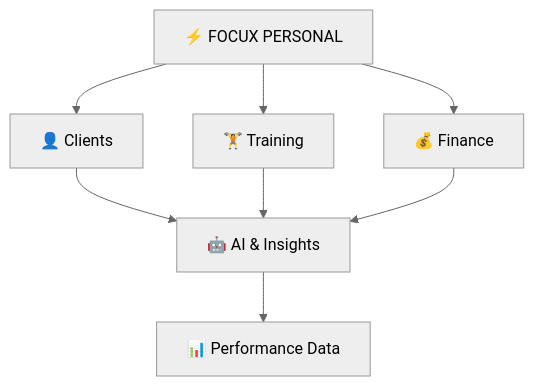
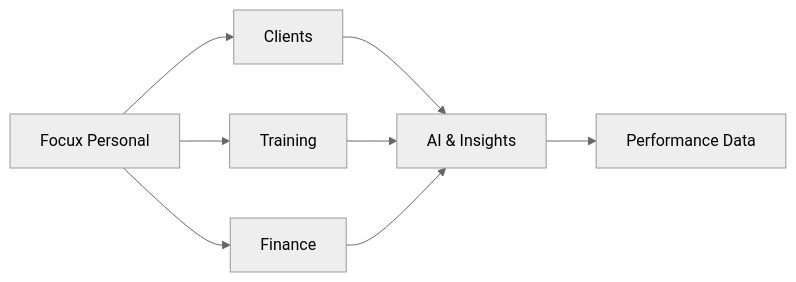
Before and after one commit to devmatheus1912/devmatheus1912: the diagram in README.md, drawn with Mermaid (neutral theme). The commit also changed other lines of this file, not shown here.

````diff
--- a/README.md
+++ b/README.md
@@ -57,10 +45,10 @@
 ```mermaid
-flowchart TD
-    F["⚡ FOCUX PERSONAL"] --> C["👤 Clients"]
-    F --> T["🏋️ Training"]
-    F --> M["💰 Finance"]
-    C --> AI["🤖 AI & Insights"]
+flowchart LR
+    F["Focux Personal"] --> C["Clients"]
+    F --> T["Training"]
+    F --> M["Finance"]
+    C --> AI["AI & Insights"]
     T --> AI
     M --> AI
-    AI --> P["📊 Performance Data"]
+    AI --> P["Performance Data"]
 ```
````
